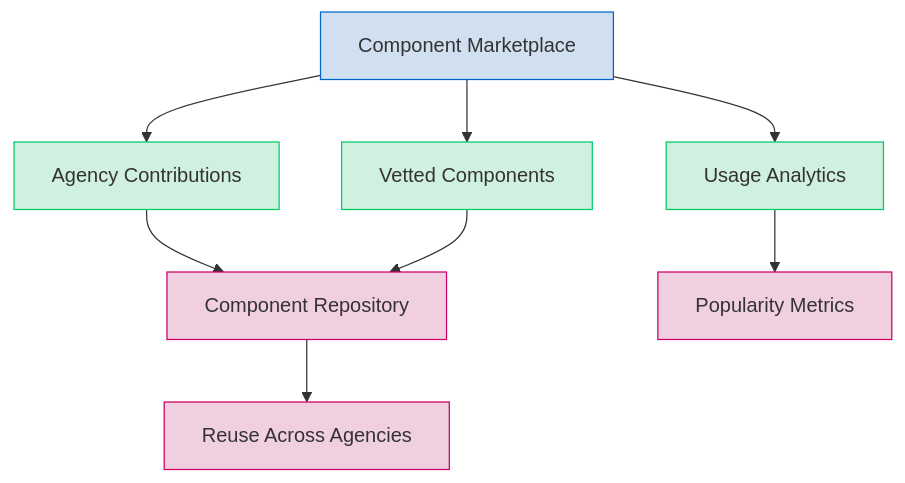
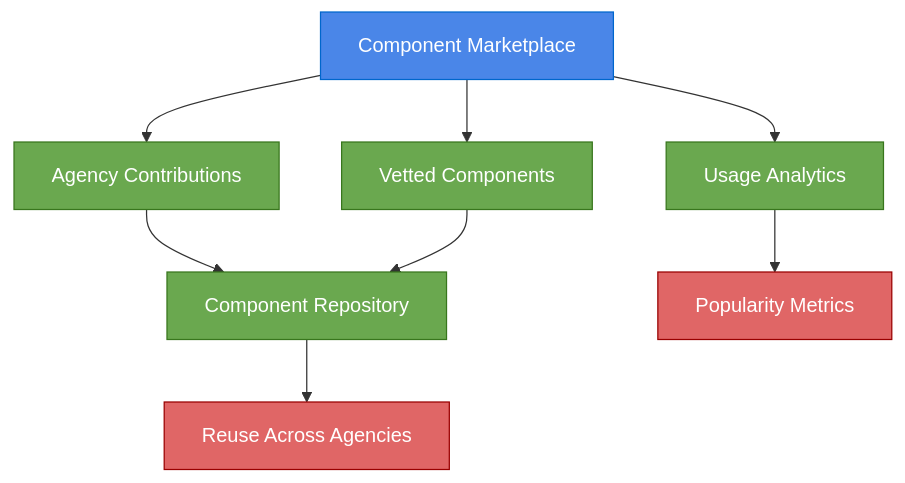
Diagram 17 of 27 in advance.md (hungmanhdo/componentcraft_ai), drawn with Mermaid before and after one commit. The commit also changed other lines of this file and 1 other file, not shown here.

Commit message:
Update style of charts

````diff
--- a/advance.md
+++ b/advance.md
@@ -610,19 +610,19 @@
 ```mermaid
 graph TD
     A[Component Marketplace] --> B[Agency Contributions]
     A --> C[Vetted Components]
     A --> D[Usage Analytics]
 
     B --> E[Component Repository]
     C --> E
     E --> F[Reuse Across Agencies]
     D --> G[Popularity Metrics]
 
-    style A fill:#d0e0f0,stroke:#0066cc
-    style B fill:#d0f0e0,stroke:#00cc66
-    style C fill:#d0f0e0,stroke:#00cc66
-    style D fill:#d0f0e0,stroke:#00cc66
-    style E fill:#f0d0e0,stroke:#cc0066
-    style F fill:#f0d0e0,stroke:#cc0066
-    style G fill:#f0d0e0,stroke:#cc0066
+    style A fill:#4a86e8,stroke:#0066cc,color:#ffffff
+    style B fill:#6aa84f,stroke:#38761d,color:#ffffff
+    style C fill:#6aa84f,stroke:#38761d,color:#ffffff
+    style D fill:#6aa84f,stroke:#38761d,color:#ffffff
+    style E fill:#6aa84f,stroke:#38761d,color:#ffffff
+    style F fill:#e06666,stroke:#990000,color:#ffffff
+    style G fill:#e06666,stroke:#990000,color:#ffffff
 ```
````
